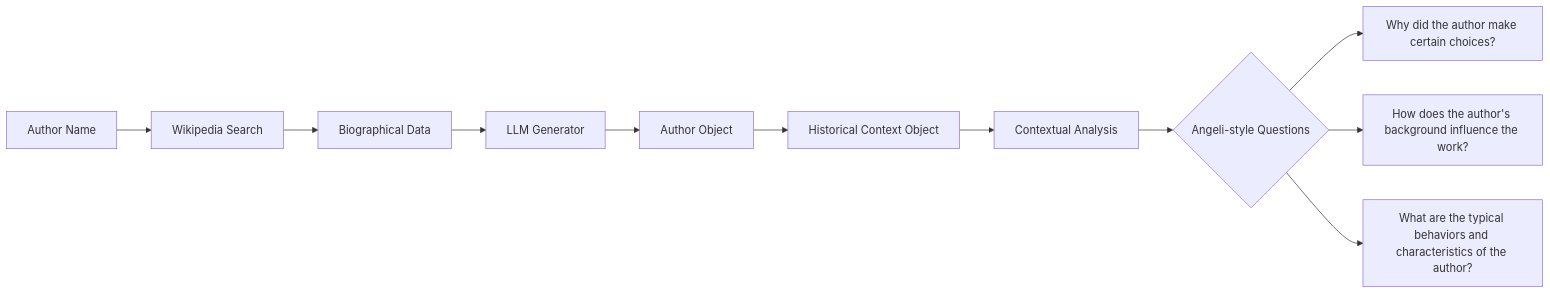
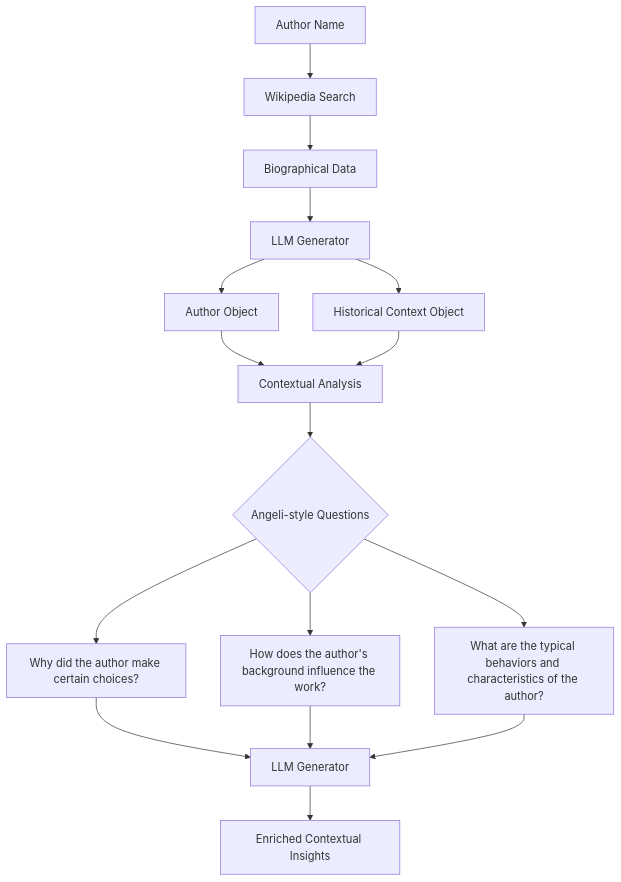
One commit to furlat/Abstractions changed diagram 12 of 15 in abstractions/angels/angels.md. Above: the diagram before and after it, drawn with Mermaid. The commit also changed other lines of this file, not shown here.

````diff
--- a/abstractions/angels/angels.md
+++ b/abstractions/angels/angels.md
@@ -319,13 +319,18 @@
 ```mermaid
-graph LR
+graph TD
     A[Author Name] --> B[Wikipedia Search]
     B --> C[Biographical Data]
     C --> D[LLM Generator]
     D --> E[Author Object]
-    E --> F[Historical Context Object]
-    F --> G[Contextual Analysis]
+    D --> F[Historical Context Object]
+    E --> G[Contextual Analysis]
+    F --> G
     G --> H{Angeli-style Questions}
     H --> I[Why did the author make certain choices?]
     H --> J[How does the author's background influence the work?]
     H --> K[What are the typical behaviors and characteristics of the author?]
+    I --> L[LLM Generator]
+    J --> L
+    K --> L
+    L --> M[Enriched Contextual Insights]
 ```
````
